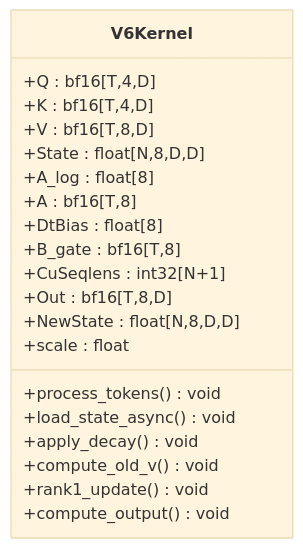
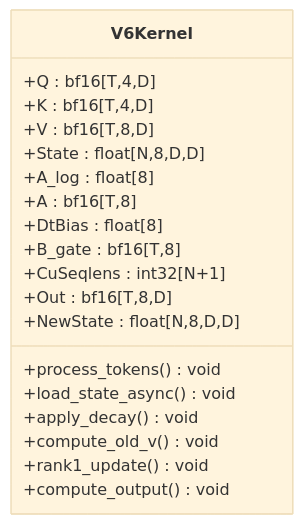
One commit to gugudeshubao/flashinfer-bench-tma-thrust changed the fifth of 21 diagrams in .qoder/repowiki/en/content/GDN Prefill Kernel Optimization.md. Above: the diagram before and after it, drawn with Mermaid (base theme). The commit also changed other lines of this file and 19 other files, not shown here.

````diff
--- a/.qoder/repowiki/en/content/GDN Prefill Kernel Optimization.md
+++ b/.qoder/repowiki/en/content/GDN Prefill Kernel Optimization.md
@@ -194,23 +224,22 @@
 ```mermaid
 classDiagram
 class V6Kernel {
 +Q : bf16[T,4,D]
 +K : bf16[T,4,D]
 +V : bf16[T,8,D]
 +State : float[N,8,D,D]
 +A_log : float[8]
 +A : bf16[T,8]
 +DtBias : float[8]
 +B_gate : bf16[T,8]
 +CuSeqlens : int32[N+1]
 +Out : bf16[T,8,D]
 +NewState : float[N,8,D,D]
-+scale : float
 +process_tokens() void
 +load_state_async() void
 +apply_decay() void
 +compute_old_v() void
 +rank1_update() void
 +compute_output() void
 }
 ```
````
